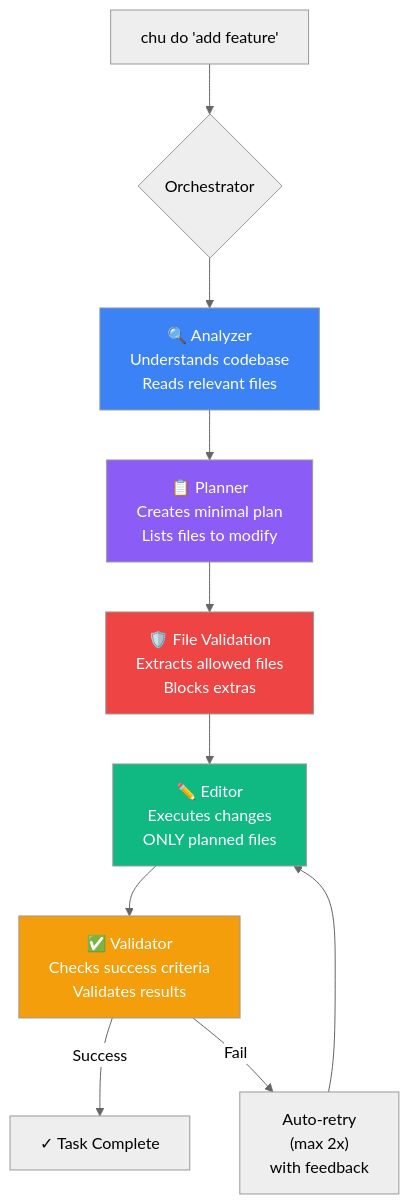
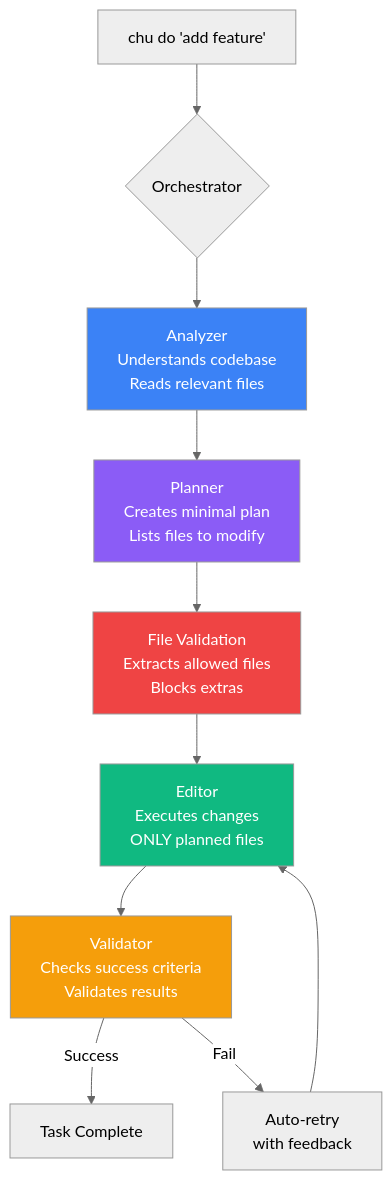
Before and after one commit to gptcode-cloud/cli: the diagram in docs/index.md, drawn with Mermaid (neutral theme). The commit also changed other lines of this file and 29 other files, not shown here.

```diff
--- a/docs/index.md
+++ b/docs/index.md
@@ -52,20 +52,20 @@
   <div class="mermaid">
 graph TB
     User["chu do 'add feature'"] --> Orchestrator{Orchestrator}
     
-    Orchestrator --> Analyzer["🔍 Analyzer<br/>Understands codebase<br/>Reads relevant files"]
-    Analyzer --> Planner["📋 Planner<br/>Creates minimal plan<br/>Lists files to modify"]
-    Planner --> Validation["🛡️ File Validation<br/>Extracts allowed files<br/>Blocks extras"]
-    Validation --> Editor["✏️ Editor<br/>Executes changes<br/>ONLY planned files"]
-    Editor --> Validator["✅ Validator<br/>Checks success criteria<br/>Validates results"]
+    Orchestrator --> Analyzer["Analyzer<br/>Understands codebase<br/>Reads relevant files"]
+    Analyzer --> Planner["Planner<br/>Creates minimal plan<br/>Lists files to modify"]
+    Planner --> Validation["File Validation<br/>Extracts allowed files<br/>Blocks extras"]
+    Validation --> Editor["Editor<br/>Executes changes<br/>ONLY planned files"]
+    Editor --> Validator["Validator<br/>Checks success criteria<br/>Validates results"]
     
-    Validator -->|Success| Done["✓ Task Complete"]
-    Validator -->|Fail| Retry["Auto-retry<br/>(max 2x)<br/>with feedback"]
+    Validator -->|Success| Done["Task Complete"]
+    Validator -->|Fail| Retry["Auto-retry<br/>with feedback"]
     Retry --> Editor
     
     style Analyzer fill:#3b82f6,color:#fff
     style Planner fill:#8b5cf6,color:#fff  
     style Editor fill:#10b981,color:#fff
     style Validator fill:#f59e0b,color:#fff
     style Validation fill:#ef4444,color:#fff
   </div>
```
